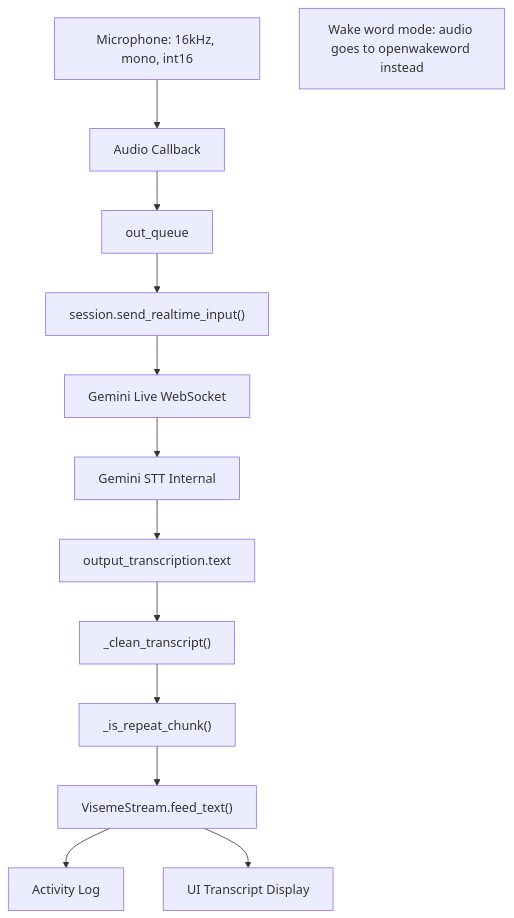
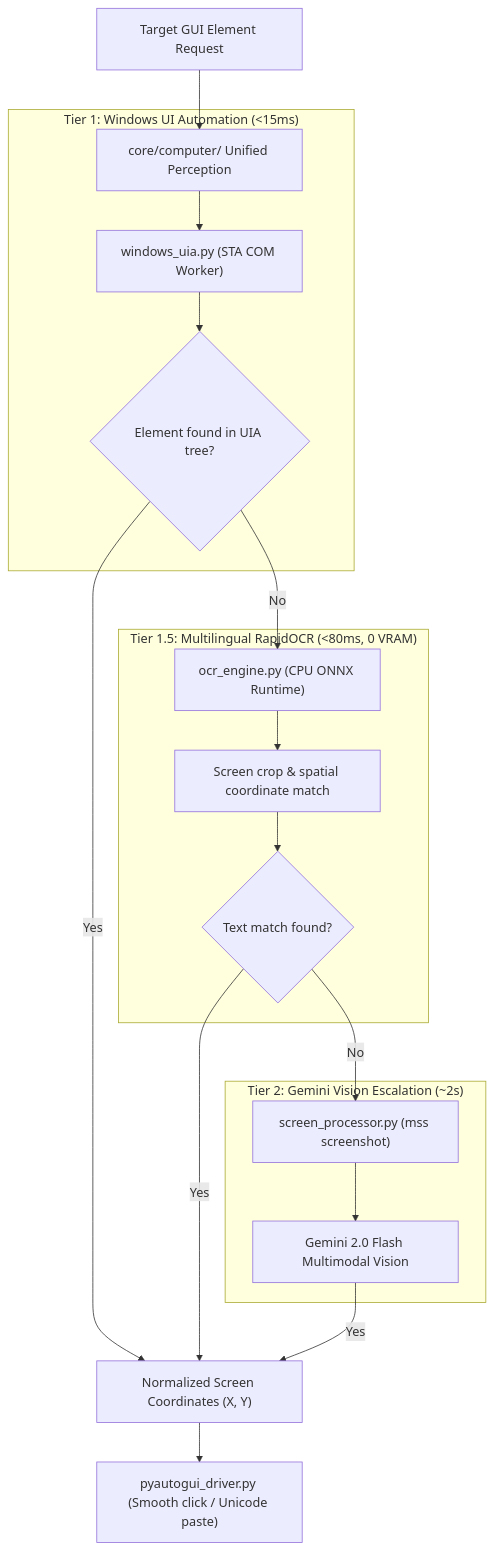
One commit to hamzabukhari07/jarvis-57 changed the fourth of 9 diagrams in docs/DIAGRAMS.md. Above: the diagram before and after it, drawn with Mermaid. The commit also changed other lines of this file and 100 other files, not shown here.

````diff
--- a/docs/DIAGRAMS.md
+++ b/docs/DIAGRAMS.md
@@ -82,16 +105,26 @@
 ```mermaid
 flowchart TD
-    A["Microphone: 16kHz, mono, int16"] --> B["Audio Callback"]
-    B --> C["out_queue"]
-    C --> D["session.send_realtime_input()"]
-    D --> E["Gemini Live WebSocket"]
-    E --> F["Gemini STT Internal"]
-    F --> G["output_transcription.text"]
-    G --> H["_clean_transcript()"]
-    H --> I["_is_repeat_chunk()"]
-    I --> J["VisemeStream.feed_text()"]
-    J --> K["Activity Log"]
-    J --> L["UI Transcript Display"]
+    A["Target GUI Element Request"] --> B["core/computer/ Unified Perception"]
     
-    Note["Wake word mode: audio goes to openwakeword instead"]
+    subgraph Tier1["Tier 1: Windows UI Automation (<15ms)"]
+        B --> C["windows_uia.py (STA COM Worker)"]
+        C --> D{"Element found in UIA tree?"}
+    end
+
+    subgraph Tier1_5["Tier 1.5: Multilingual RapidOCR (<80ms, 0 VRAM)"]
+        D -->|No| E["ocr_engine.py (CPU ONNX Runtime)"]
+        E --> F["Screen crop & spatial coordinate match"]
+        F --> G{"Text match found?"}
+    end
+
+    subgraph Tier2["Tier 2: Gemini Vision Escalation (~2s)"]
+        G -->|No| H["screen_processor.py (mss screenshot)"]
+        H --> I["Gemini 2.0 Flash Multimodal Vision"]
+    end
+
+    D -->|Yes| J["Normalized Screen Coordinates (X, Y)"]
+    G -->|Yes| J
+    I -->|Yes| J
+
+    J --> K["pyautogui_driver.py (Smooth click / Unicode paste)"]
 ```
````
